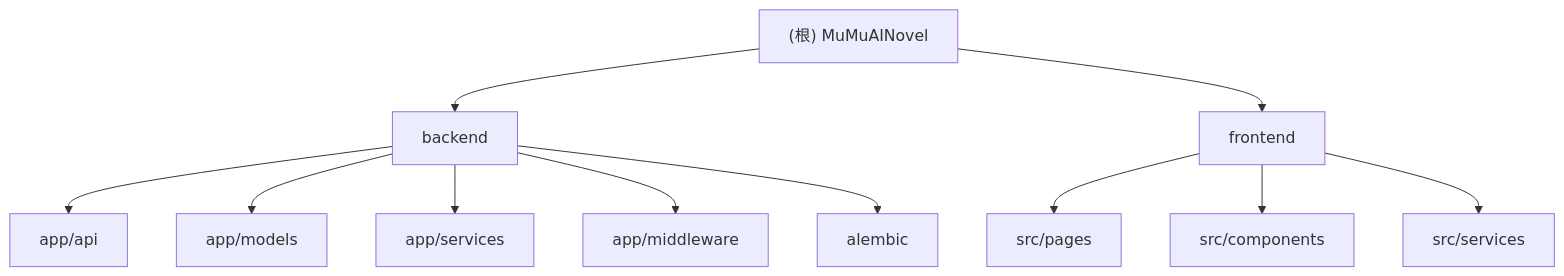
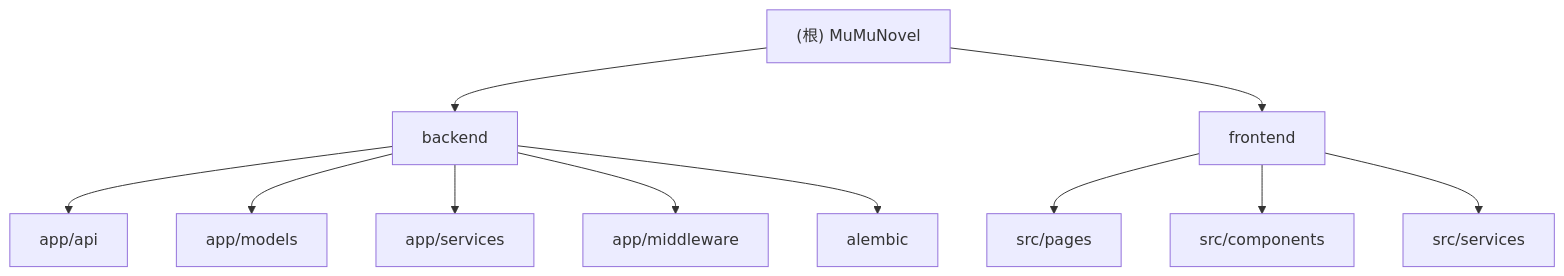
Before and after one commit to dyuebug/MuMuNovel: the diagram in CLAUDE.md, drawn with Mermaid. The commit also changed other lines of this file and 25 other files, not shown here.

````diff
--- a/CLAUDE.md
+++ b/CLAUDE.md
@@ -57,16 +57,16 @@
 ```mermaid
 graph TD
-    A["(根) MuMuAINovel"] --> B["backend"];
+    A["(根) MuMuNovel"] --> B["backend"];
     A --> C["frontend"];
     B --> D["app/api"];
     B --> E["app/models"];
     B --> F["app/services"];
     B --> G["app/middleware"];
     B --> H["alembic"];
     C --> I["src/pages"];
     C --> J["src/components"];
     C --> K["src/services"];
 
     click B "./backend/CLAUDE.md" "查看 backend 模块文档"
     click C "./frontend/CLAUDE.md" "查看 frontend 模块文档"
 ```
````
